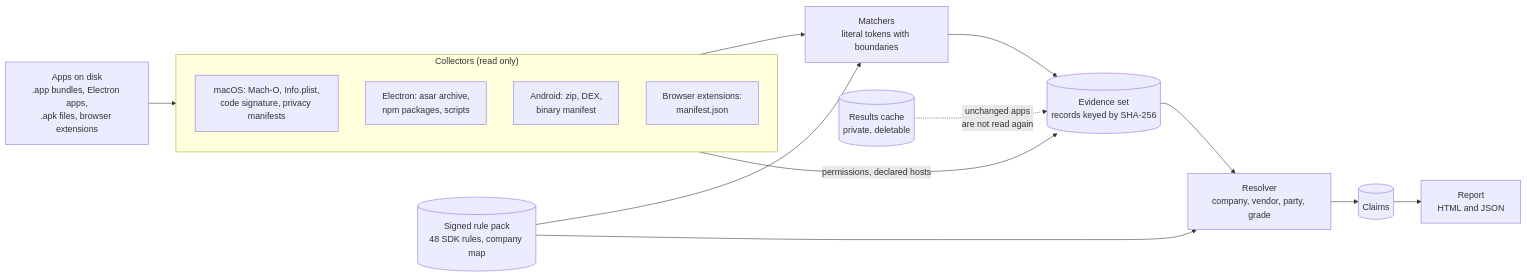
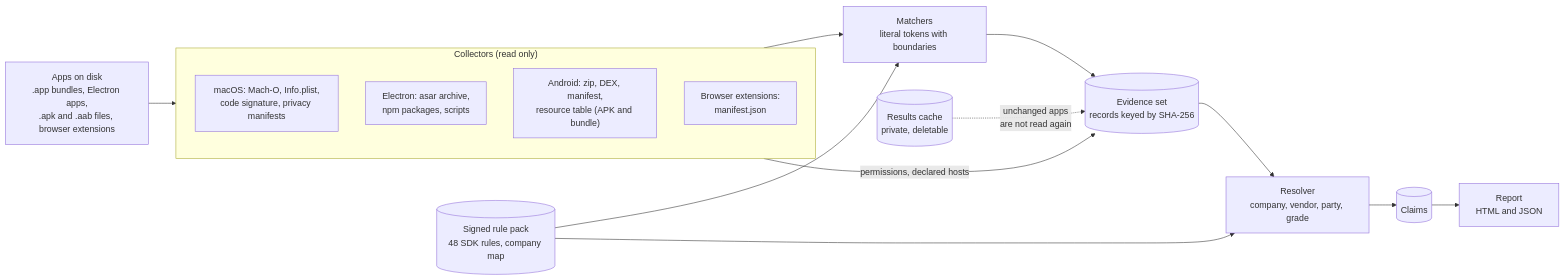
One commit to Adityaakr/exposure-scanner changed the first of 3 diagrams in README.md. Above: the diagram before and after it, drawn with Mermaid. The commit also changed other lines of this file and 40 other files, not shown here.

First line of the commit message:
feat(xs-cli): add --fail-on, exposure diff, .aab scanning, Android app names and a Homebrew formula (#16)

````diff
--- a/README.md
+++ b/README.md
@@ -101,20 +103,20 @@
 ```mermaid
 flowchart LR
-    A["Apps on disk<br/>.app bundles, Electron apps,<br/>.apk files, browser extensions"] --> COL
+    A["Apps on disk<br/>.app bundles, Electron apps,<br/>.apk and .aab files, browser extensions"] --> COL
     subgraph COL["Collectors (read only)"]
         direction TB
         M["macOS: Mach-O, Info.plist,<br/>code signature, privacy manifests"]
         EL["Electron: asar archive,<br/>npm packages, scripts"]
-        AN["Android: zip, DEX,<br/>binary manifest"]
+        AN["Android: zip, DEX, manifest,<br/>resource table (APK and bundle)"]
         BX["Browser extensions:<br/>manifest.json"]
     end
     RP[("Signed rule pack<br/>48 SDK rules, company map")] --> MT
     COL --> MT["Matchers<br/>literal tokens with boundaries"]
     MT --> EV[("Evidence set<br/>records keyed by SHA-256")]
     COL -- "permissions, declared hosts" --> EV
     CA[("Results cache<br/>private, deletable")] -. "unchanged apps<br/>are not read again" .-> EV
     EV --> RS["Resolver<br/>company, vendor, party, grade"]
     RP --> RS
     RS --> CL[("Claims")]
     CL --> REP["Report<br/>HTML and JSON"]
 ```
````
